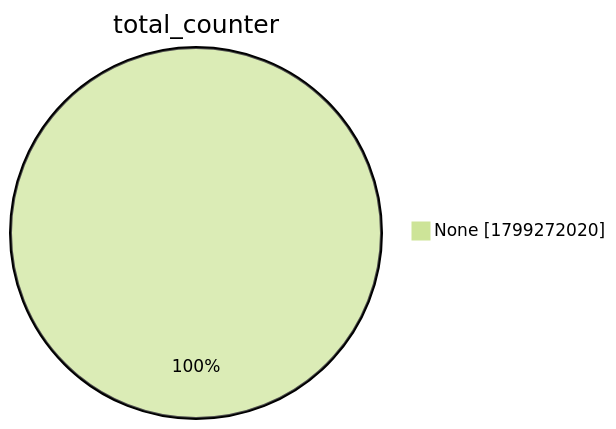
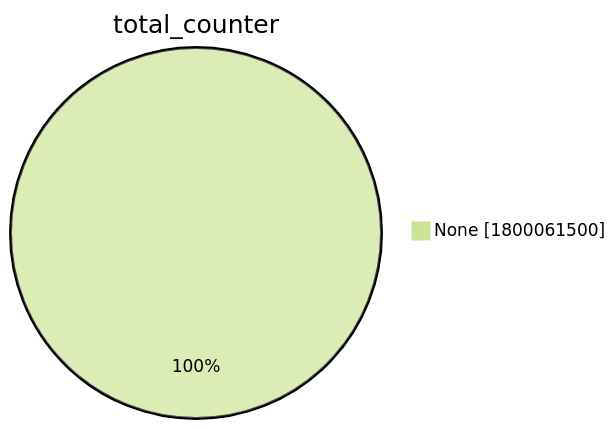
Before and after one commit to christiankrug/ctmonitor_visualization: the second of 15 diagrams in xenon2022/README.md, drawn with Mermaid (forest theme). The commit also changed other lines of this file, not shown here.

````diff
--- a/xenon2022/README.md
+++ b/xenon2022/README.md
@@ -9,5 +9,5 @@
 ```mermaid
 pie showData
 title total_counter
-"None" :1799272020
+"None" :1800061500
 ```
````
